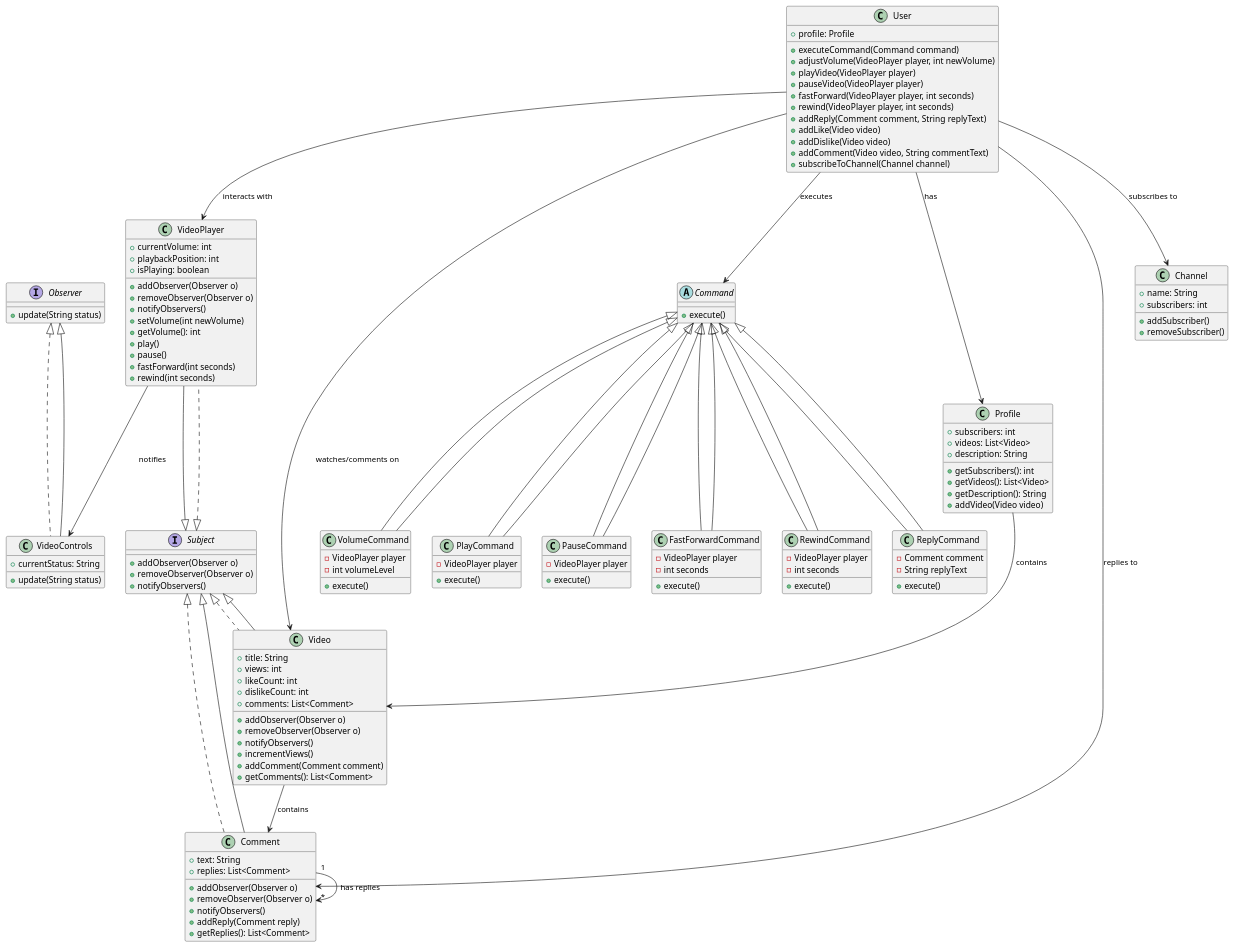
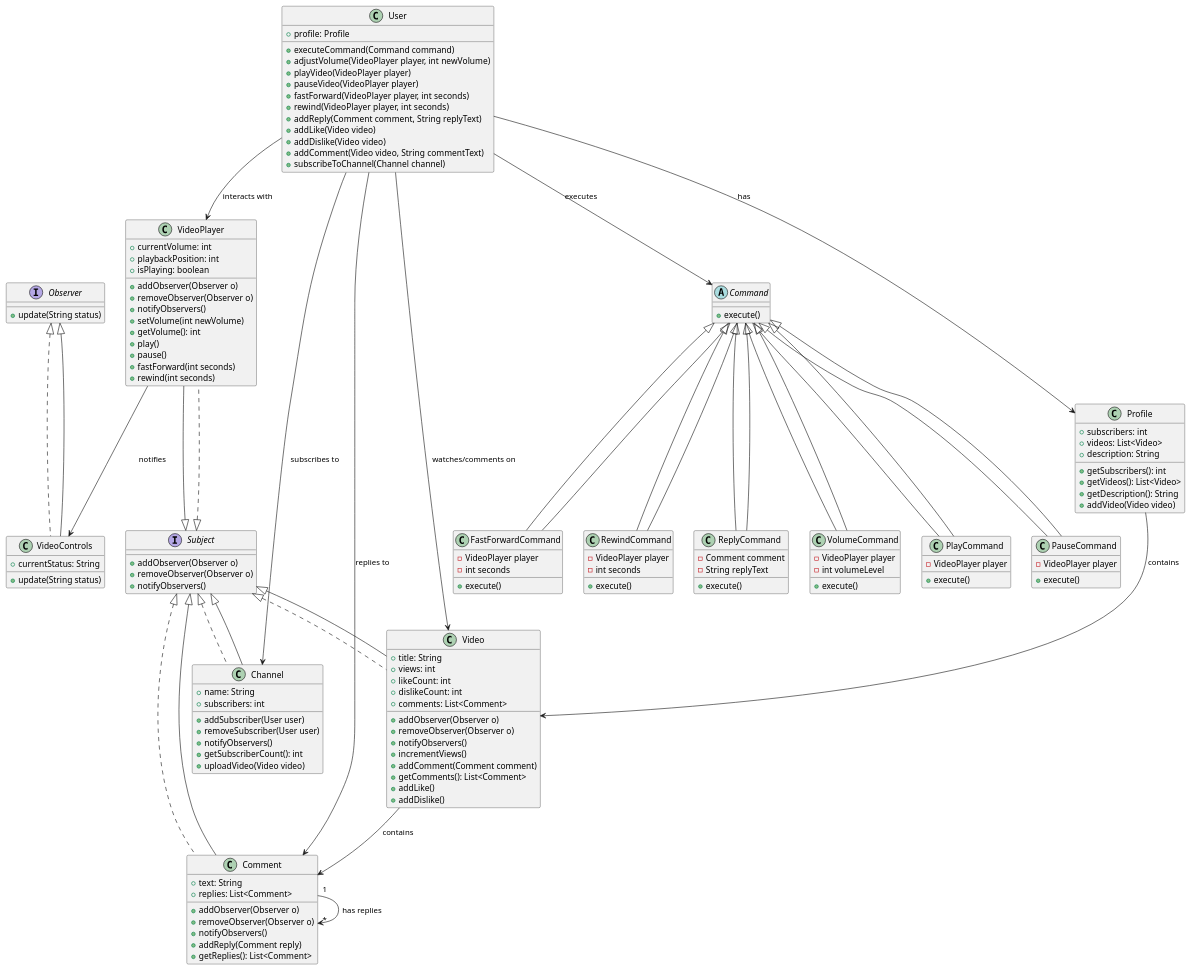
The diagram in src/CS5800/YoutubeClassDiagram.puml (DanielVAppel/CS5800Quiz3_UML_ClassandActivityDiagrams), drawn with PlantUML before and after one commit. The commit also changed 4 other files, not shown here.

First line of the commit message:
Class Diagram update and picture update

```diff
--- a/src/CS5800/YoutubeClassDiagram.puml
+++ b/src/CS5800/YoutubeClassDiagram.puml
@@ -1,146 +1,152 @@
 @startuml
 interface Observer {
     + update(String status)
 }
 
 interface Subject {
     + addObserver(Observer o)
     + removeObserver(Observer o)
     + notifyObservers()
 }
 
 class User {
     + profile: Profile
     + executeCommand(Command command)
     + adjustVolume(VideoPlayer player, int newVolume)
     + playVideo(VideoPlayer player)
     + pauseVideo(VideoPlayer player)
     + fastForward(VideoPlayer player, int seconds)
     + rewind(VideoPlayer player, int seconds)
     + addReply(Comment comment, String replyText)
     + addLike(Video video)
     + addDislike(Video video)
     + addComment(Video video, String commentText)
     + subscribeToChannel(Channel channel)
 }
 
 class Profile {
     + subscribers: int
     + videos: List<Video>
     + description: String
     + getSubscribers(): int
     + getVideos(): List<Video>
     + getDescription(): String
     + addVideo(Video video)
 }
 
 class VideoPlayer implements Subject {
     + currentVolume: int
     + playbackPosition: int
     + isPlaying: boolean
     + addObserver(Observer o)
     + removeObserver(Observer o)
     + notifyObservers()
     + setVolume(int newVolume)
     + getVolume(): int
     + play()
     + pause()
     + fastForward(int seconds)
     + rewind(int seconds)
 }
 
 abstract class Command {
     + execute()
 }
 
 class VolumeCommand extends Command {
     - VideoPlayer player
     - int volumeLevel
     + execute()
 }
 
 class PlayCommand extends Command {
     - VideoPlayer player
     + execute()
 }
 
 class PauseCommand extends Command {
     - VideoPlayer player
     + execute()
 }
 
 class FastForwardCommand extends Command {
     - VideoPlayer player
     - int seconds
     + execute()
 }
 
 class RewindCommand extends Command {
     - VideoPlayer player
     - int seconds
     + execute()
 }
 
 class ReplyCommand extends Command {
     - Comment comment
     - String replyText
     + execute()
 }
 
 class VideoControls implements Observer {
     + currentStatus: String
     + update(String status)
 }
 
 class Video implements Subject {
     + title: String
     + views: int
     + likeCount: int
     + dislikeCount: int
     + comments: List<Comment>
     + addObserver(Observer o)
     + removeObserver(Observer o)
     + notifyObservers()
     + incrementViews()
     + addComment(Comment comment)
     + getComments(): List<Comment>
+    + addLike()
+    + addDislike()
 }
 
 class Comment implements Subject {
     + text: String
     + replies: List<Comment>
     + addObserver(Observer o)
     + removeObserver(Observer o)
     + notifyObservers()
     + addReply(Comment reply)
     + getReplies(): List<Comment>
 }
 
-class Channel {
+class Channel implements Subject {
     + name: String
     + subscribers: int
-    + addSubscriber()
-    + removeSubscriber()
+    + addSubscriber(User user)
+    + removeSubscriber(User user)
+    + notifyObservers()
+    + getSubscriberCount(): int
+    + uploadVideo(Video video)
 }
 
 User --> Command : executes
 User --> VideoPlayer : interacts with
 User --> Video : watches/comments on
 User --> Comment : replies to
 User --> Channel : subscribes to
 User --> Profile : has
 Profile --> Video : contains
 Command <|-- VolumeCommand
 Command <|-- PlayCommand
 Command <|-- PauseCommand
 Command <|-- FastForwardCommand
 Command <|-- RewindCommand
 Command <|-- ReplyCommand
 VideoPlayer -down-|> Subject
 Video -down-|> Subject
 Comment -down-|> Subject
+Channel -down-|> Subject
 Video --> Comment : contains
 Comment "1" --> "*" Comment : has replies
 VideoPlayer --> VideoControls : notifies
 VideoControls -down-|> Observer
 @enduml
```
